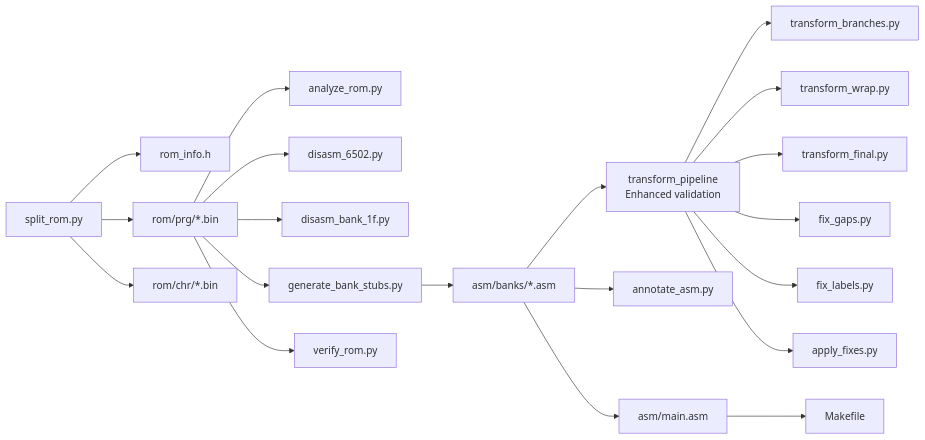
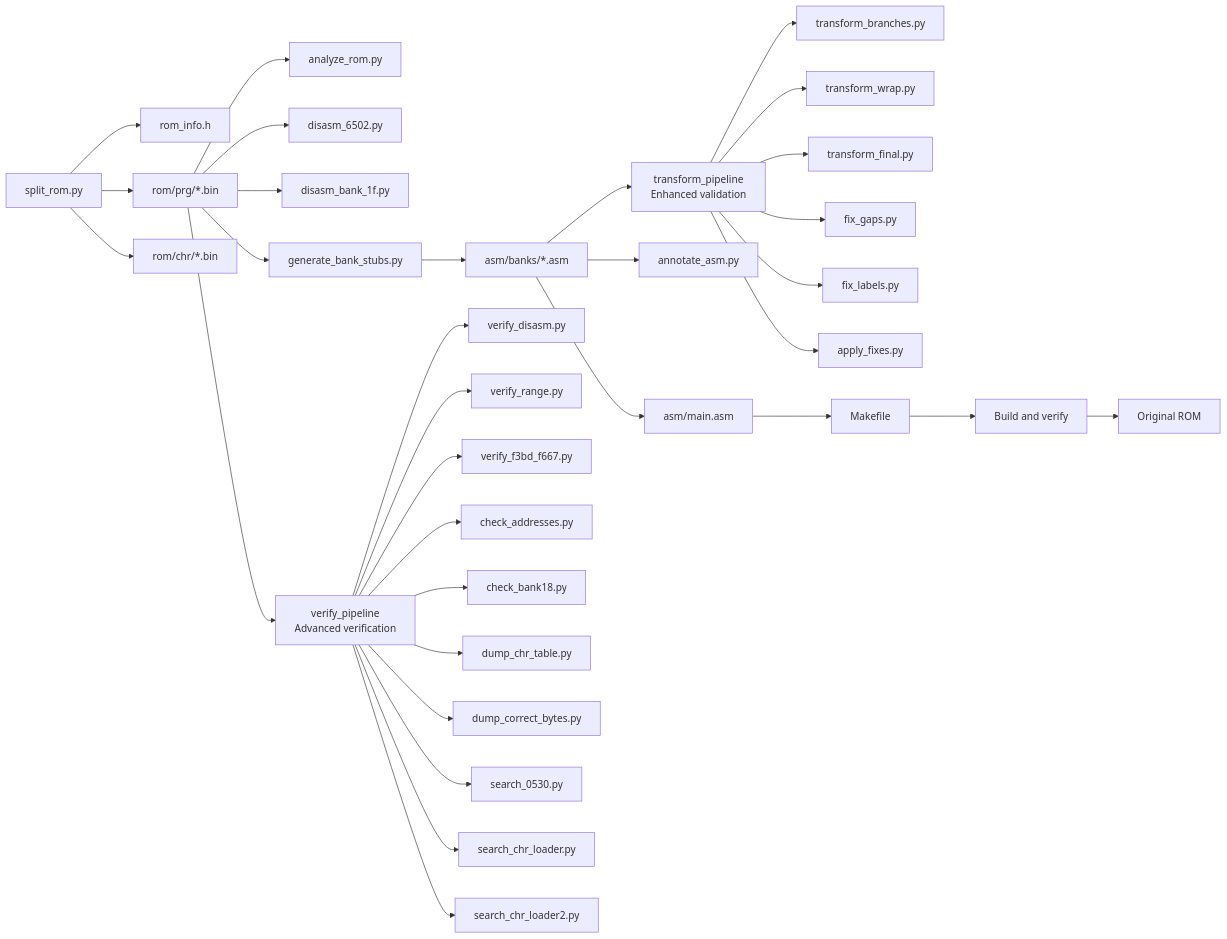
The tenth of 10 diagrams in .qoder/repowiki/en/content/ROM Analysis and Understanding/ROM Analysis and Understanding.md (rabbyzero/sango2dasm), drawn with Mermaid before and after one commit. The commit also changed other lines of this file and 16 other files, not shown here.

````diff
--- a/.qoder/repowiki/en/content/ROM Analysis and Understanding/ROM Analysis and Understanding.md
+++ b/.qoder/repowiki/en/content/ROM Analysis and Understanding/ROM Analysis and Understanding.md
@@ -459,22 +572,34 @@
 ```mermaid
 graph LR
 Split["split_rom.py"] --> Info["rom_info.h"]
 Split --> PRG["rom/prg/*.bin"]
 Split --> CHR["rom/chr/*.bin"]
 PRG --> Analyze["analyze_rom.py"]
 PRG --> Disasm["disasm_6502.py"]
 PRG --> Disasm1F["disasm_bank_1f.py"]
 PRG --> Stubs["generate_bank_stubs.py"]
 Stubs --> Asm["asm/banks/*.asm"]
 Asm --> Transform["transform_pipeline<br/>Enhanced validation"]
 Transform --> Branches["transform_branches.py"]
 Transform --> Wrap["transform_wrap.py"]
 Transform --> Final["transform_final.py"]
 Transform --> Gaps["fix_gaps.py"]
 Transform --> Labels["fix_labels.py"]
 Transform --> Fixes["apply_fixes.py"]
 Asm --> Annot["annotate_asm.py"]
 Asm --> Main["asm/main.asm"]
 Main --> Make["Makefile"]
-PRG --> Verify["verify_rom.py"]
+PRG --> Verify["verify_pipeline<br/>Advanced verification"]
+Verify --> DisasmVer["verify_disasm.py"]
+Verify --> RangeVer["verify_range.py"]
+Verify --> F3BDVer["verify_f3bd_f667.py"]
+Verify --> AddrCheck["check_addresses.py"]
+Verify --> Bank18["check_bank18.py"]
+Verify --> ChrDump["dump_chr_table.py"]
+Verify --> ByteDump["dump_correct_bytes.py"]
+Verify --> PatSearch["search_0530.py"]
+Verify --> ChrLoader["search_chr_loader.py"]
+Verify --> ChrLoader2["search_chr_loader2.py"]
+Make --> Build["Build and verify"]
+Build --> ROM["Original ROM"]
 ```
````
